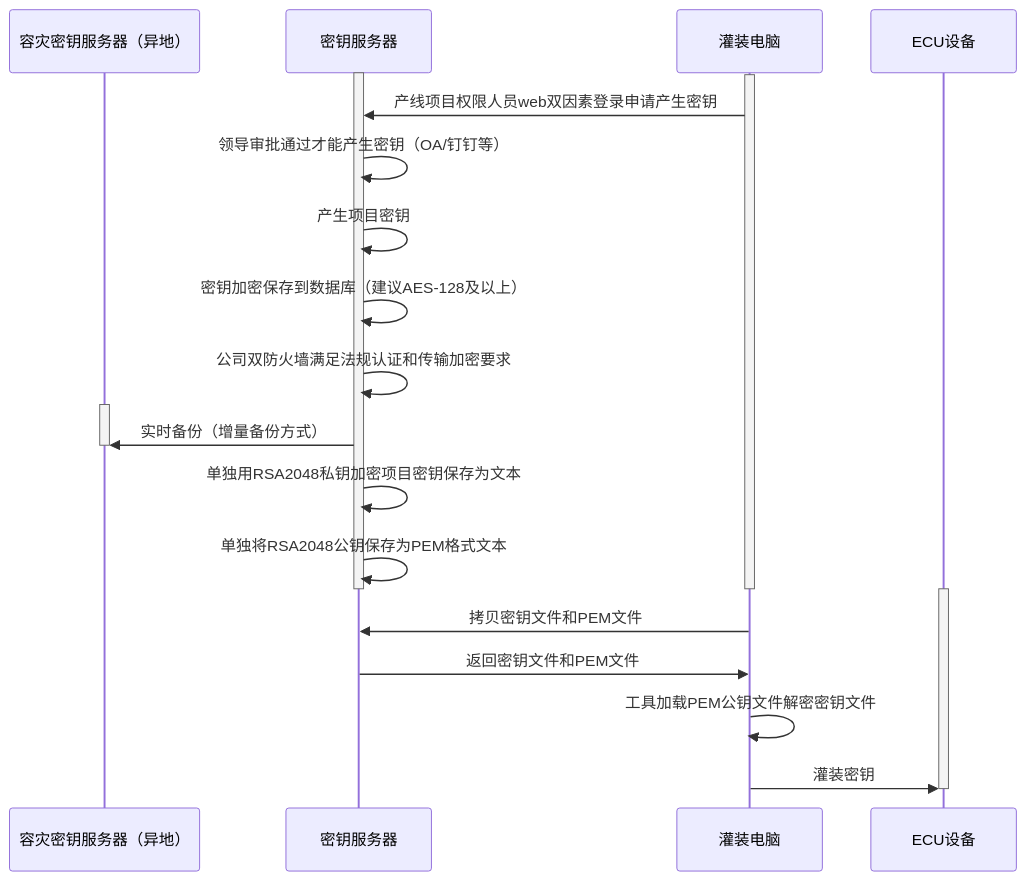
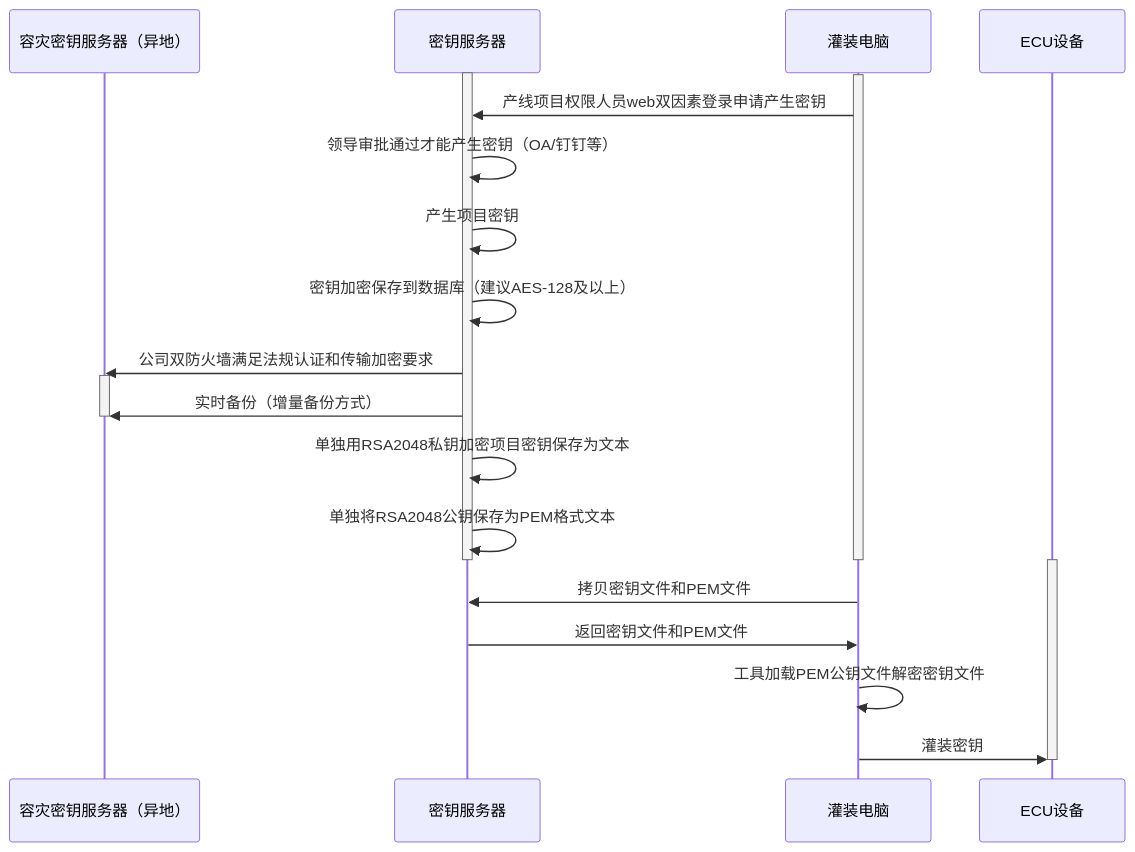
The diagram in all/未命名-15.md (facebook-cloud/iodraw-files), drawn with Mermaid before and after one commit.

Commit message:
2026-02-11 19:31:16 update

````diff
--- a/all/未命名-15.md
+++ b/all/未命名-15.md
@@ -1,31 +1,31 @@
 ```mermaid
 sequenceDiagram
     participant A as 容灾密钥服务器（异地）
     participant B as 密钥服务器
     participant D as 灌装电脑
     participant E as ECU设备
 
     activate B
     activate D
     D->>B: 产线项目权限人员web双因素登录申请产生密钥
     B->>B: 领导审批通过才能产生密钥（OA/钉钉等）
     B->>B: 产生项目密钥
     B->>B: 密钥加密保存到数据库（建议AES-128及以上）
-    B->>B: 公司双防火墙满足法规认证和传输加密要求
+    B->>A: 公司双防火墙满足法规认证和传输加密要求
 
     activate A
     B->>A: 实时备份（增量备份方式）
     deactivate A
     B->>B: 单独用RSA2048私钥加密项目密钥保存为文本
     B->>B: 单独将RSA2048公钥保存为PEM格式文本
     deactivate B
     deactivate D
 
     activate E
     D->>B: 拷贝密钥文件和PEM文件
     B->>D: 返回密钥文件和PEM文件
     D->>D:工具加载PEM公钥文件解密密钥文件
     D->>E: 灌装密钥
     deactivate E
 
 ```
````
